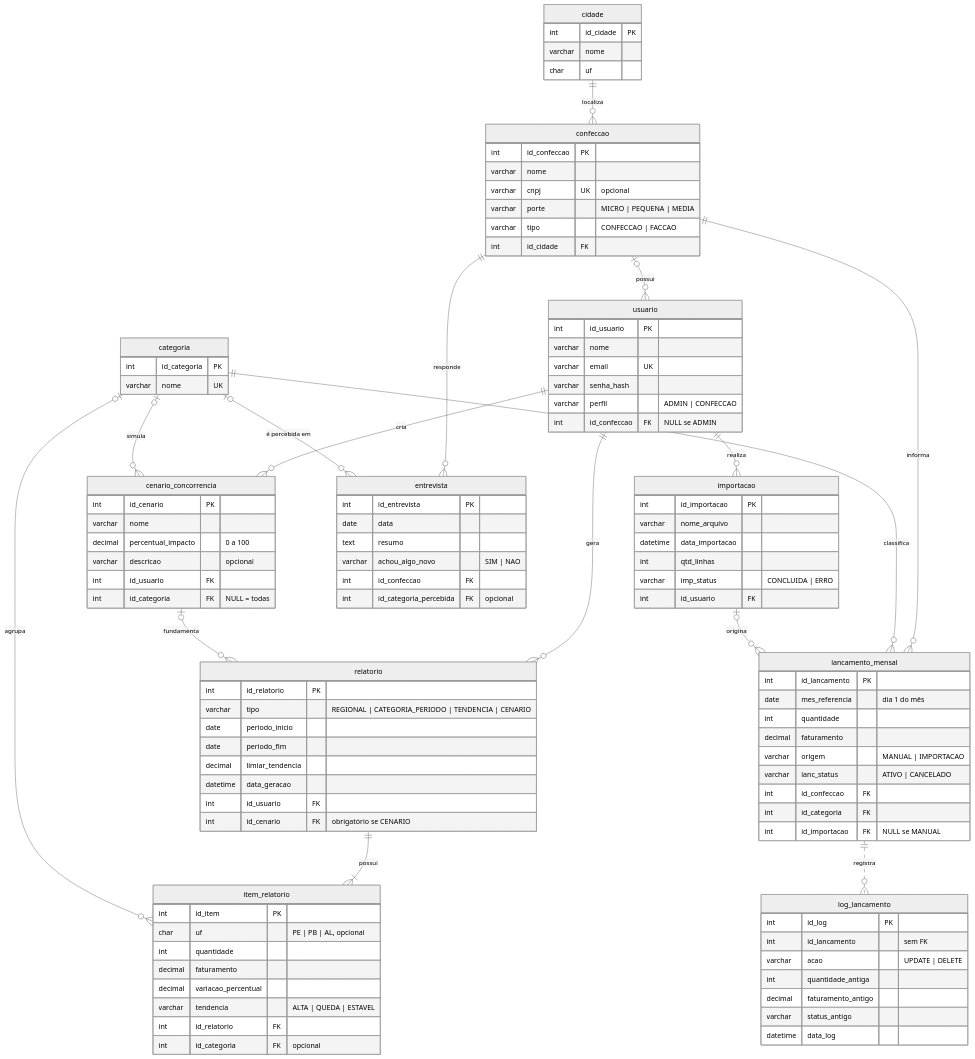
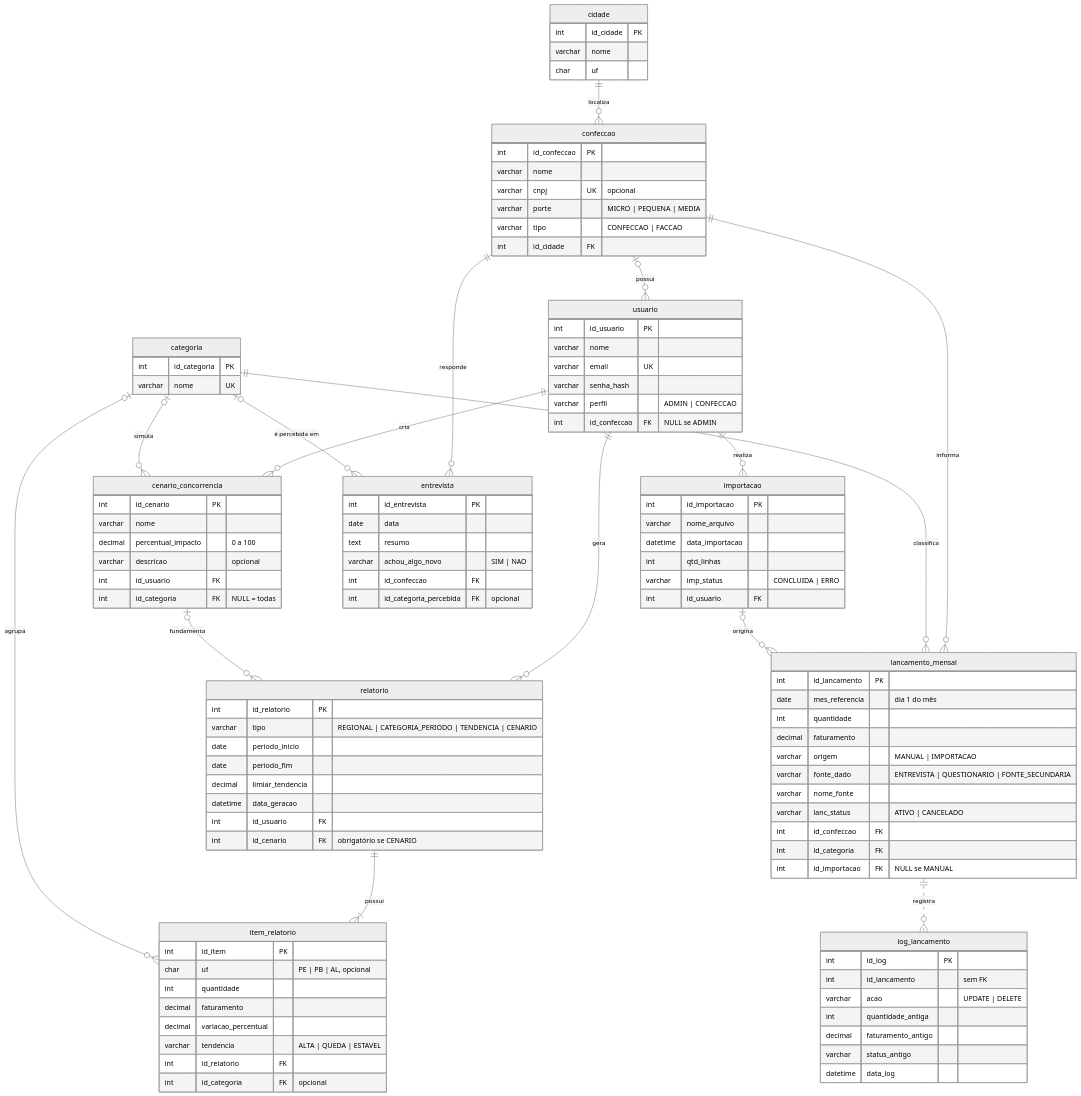
Before and after one commit to AstralCommits/TRAMA: the second of 2 diagrams in Banco-de-Dados/README.md, drawn with Mermaid (neutral theme). The commit also changed other lines of this file and 8 other files, not shown here.

First line of the commit message:
feat: adiciona fonte_dado e nome_fonte ao lançamento mensal

```diff
--- a/Banco-de-Dados/README.md
+++ b/Banco-de-Dados/README.md
@@ -100,6 +100,8 @@
         int     quantidade
         decimal faturamento
         varchar origem "MANUAL | IMPORTACAO"
+        varchar fonte_dado "ENTREVISTA | QUESTIONARIO | FONTE_SECUNDARIA"
+        varchar nome_fonte
         varchar lanc_status "ATIVO | CANCELADO"
         int     id_confeccao FK
         int     id_categoria FK
```
